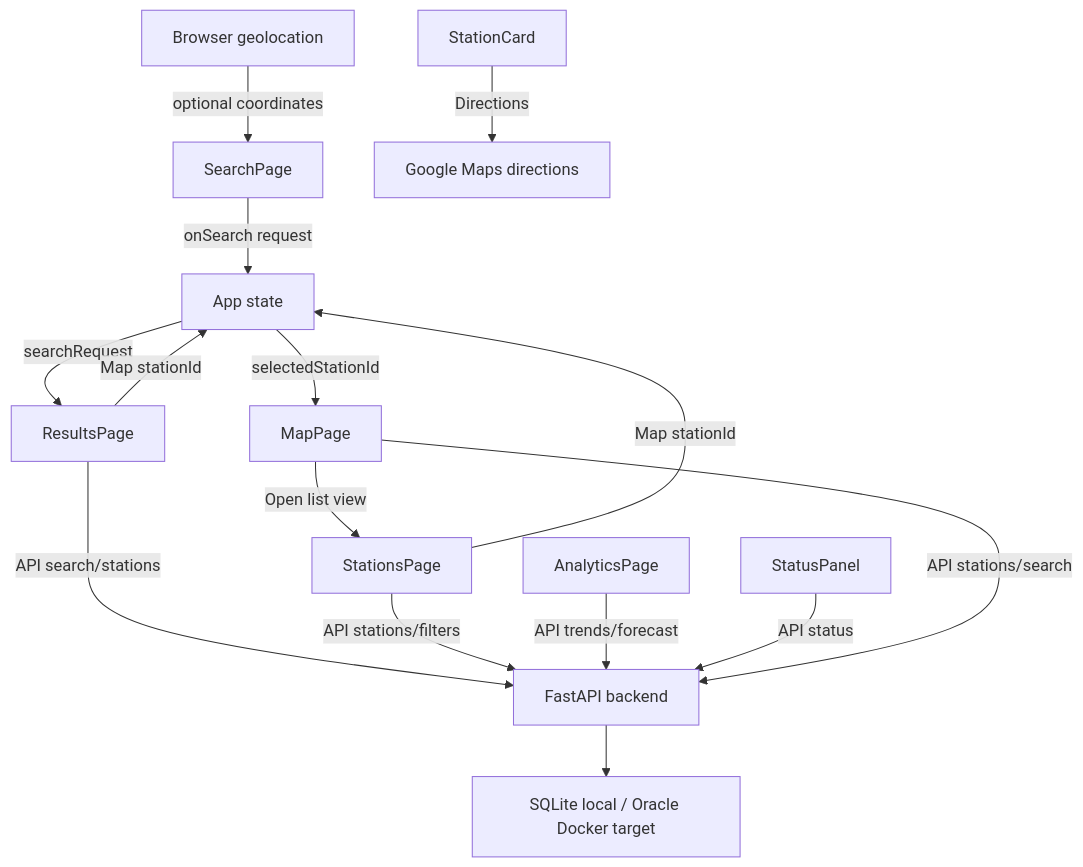
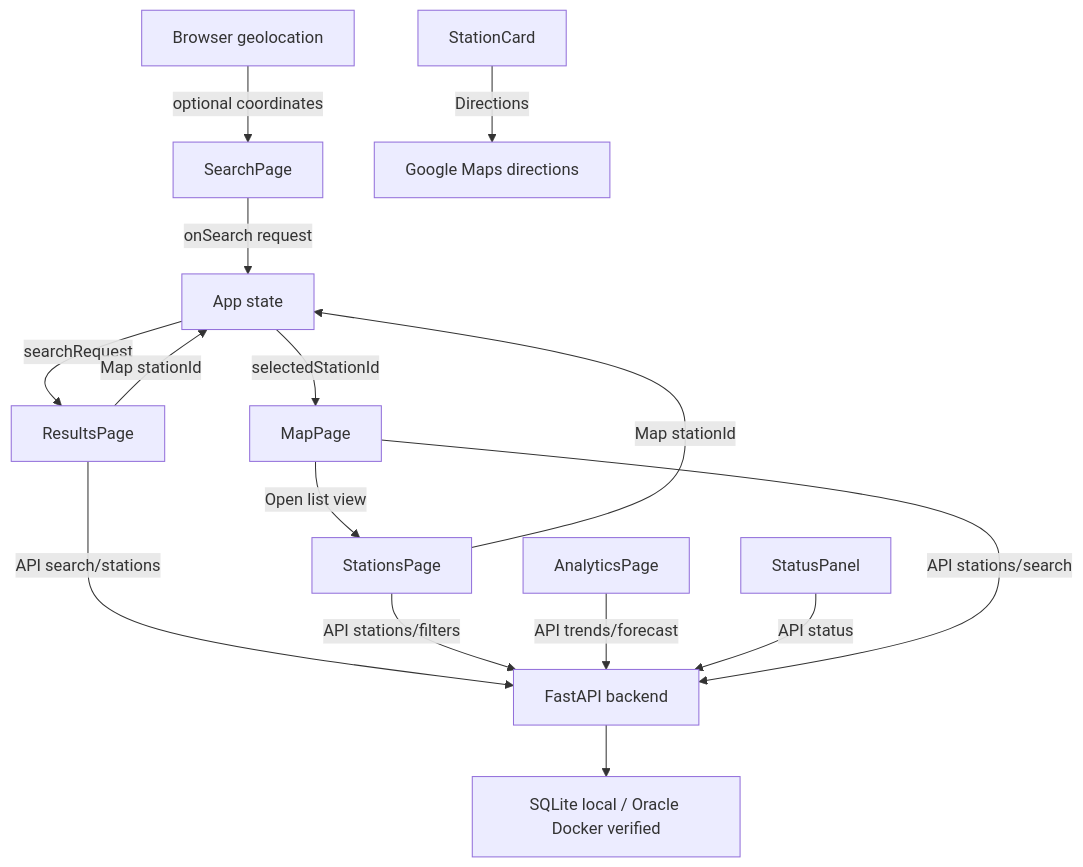
The diagram in PAGE_FLOW.md (Arthemisto/FuelFinder), drawn with Mermaid before and after one commit. The commit also changed other lines of this file and 2 other files, not shown here.

Commit message:
Document verified Oracle Docker support

````diff
--- a/PAGE_FLOW.md
+++ b/PAGE_FLOW.md
@@ -204,17 +208,17 @@
 ```mermaid
 flowchart TD
   BrowserGeolocation["Browser geolocation"] -->|optional coordinates| SearchPage
   SearchPage["SearchPage"] -->|onSearch request| App["App state"]
   App -->|searchRequest| ResultsPage
   ResultsPage -->|API search/stations| Backend["FastAPI backend"]
   StationsPage -->|API stations/filters| Backend
   AnalyticsPage -->|API trends/forecast| Backend
   StatusPanel -->|API status| Backend
   MapPage -->|API stations/search| Backend
-  Backend --> Database["SQLite local / Oracle Docker target"]
+  Backend --> Database["SQLite local / Oracle Docker verified"]
   ResultsPage -->|Map stationId| App
   StationsPage -->|Map stationId| App
   App -->|selectedStationId| MapPage
   MapPage -->|Open list view| StationsPage
   StationCard -->|Directions| GoogleMaps["Google Maps directions"]
 ```
````
